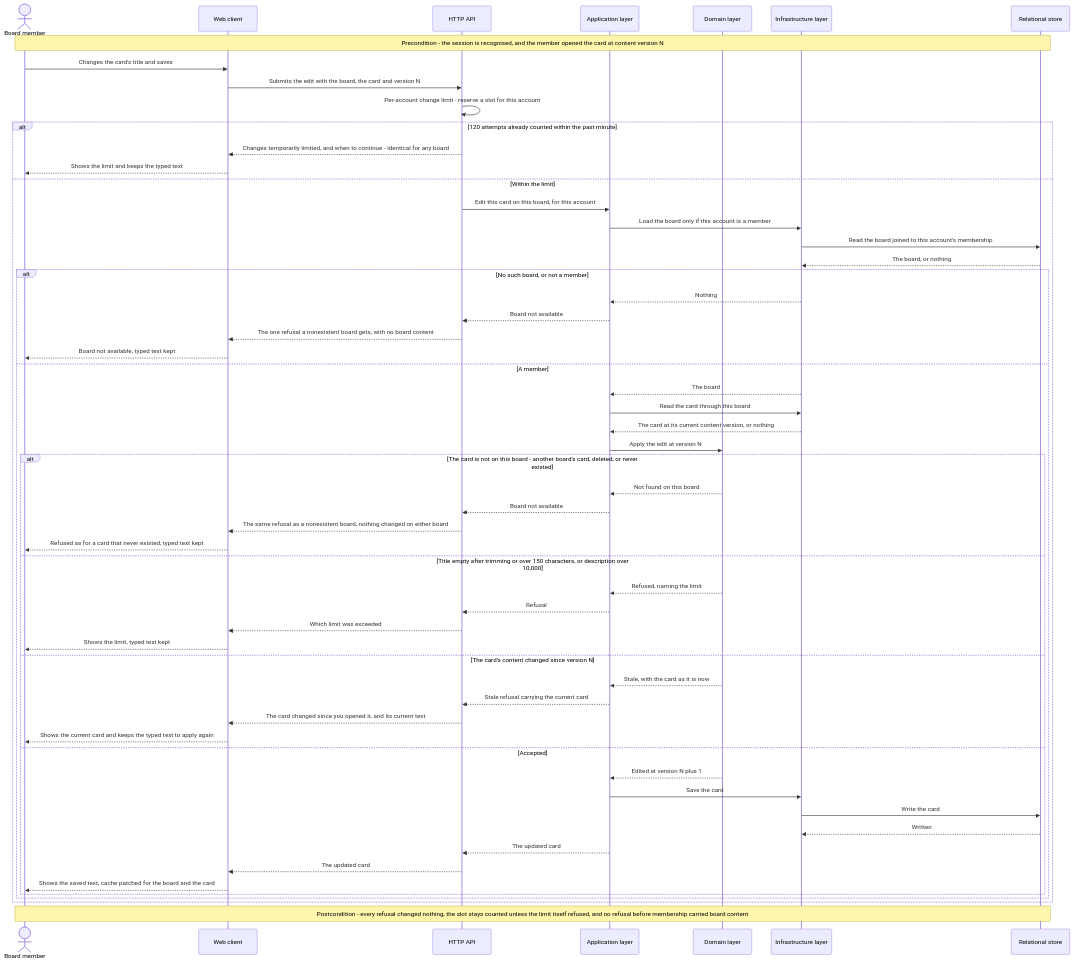
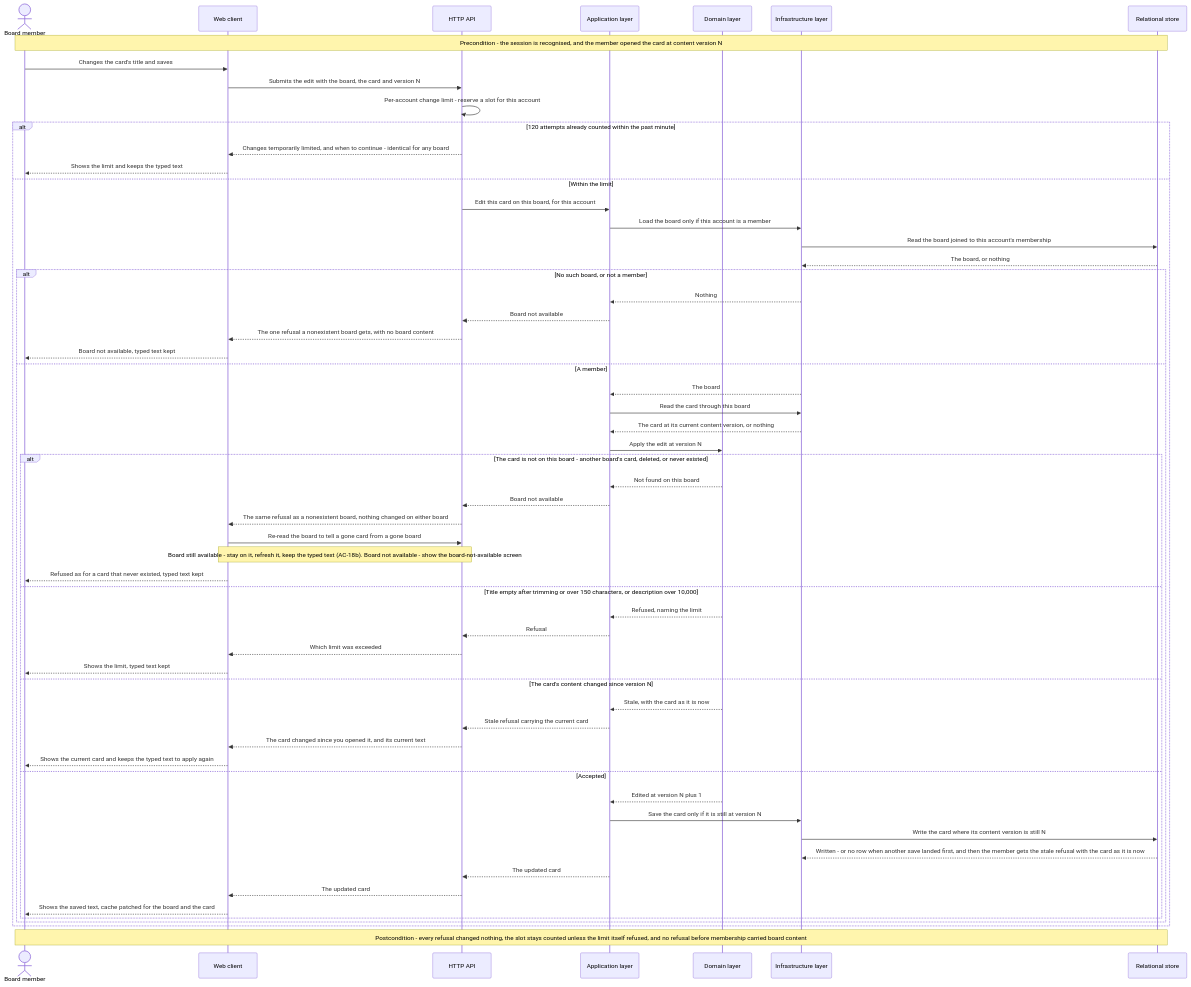
Before and after one commit to alex-korneyko/Uniqua.Projector: the fourth of 5 diagrams in docs/features/boards-columns-cards/sad.md, drawn with Mermaid. The commit also changed other lines of this file and 5 other files, not shown here.

````diff
--- a/docs/features/boards-columns-cards/sad.md
+++ b/docs/features/boards-columns-cards/sad.md
@@ -262,60 +264,62 @@
 ```mermaid
 sequenceDiagram
     actor Member as Board member
     participant Spa as Web client
     participant Api as HTTP API
     participant App as Application layer
     participant Domain as Domain layer
     participant Infra as Infrastructure layer
     participant Db as Relational store
 
     Note over Member,Db: Precondition - the session is recognised, and the member opened the card at content version N
     Member->>Spa: Changes the card's title and saves
     Spa->>Api: Submits the edit with the board, the card and version N
     Api->>Api: Per-account change limit - reserve a slot for this account
     alt 120 attempts already counted within the past minute
         Api-->>Spa: Changes temporarily limited, and when to continue - identical for any board
         Spa-->>Member: Shows the limit and keeps the typed text
     else Within the limit
         Api->>App: Edit this card on this board, for this account
         App->>Infra: Load the board only if this account is a member
         Infra->>Db: Read the board joined to this account's membership
         Db-->>Infra: The board, or nothing
         alt No such board, or not a member
             Infra-->>App: Nothing
             App-->>Api: Board not available
             Api-->>Spa: The one refusal a nonexistent board gets, with no board content
             Spa-->>Member: Board not available, typed text kept
         else A member
             Infra-->>App: The board
             App->>Infra: Read the card through this board
             Infra-->>App: The card at its current content version, or nothing
             App->>Domain: Apply the edit at version N
             alt The card is not on this board - another board's card, deleted, or never existed
                 Domain-->>App: Not found on this board
                 App-->>Api: Board not available
                 Api-->>Spa: The same refusal as a nonexistent board, nothing changed on either board
+                Spa->>Api: Re-read the board to tell a gone card from a gone board
+                Note over Spa,Api: Board still available - stay on it, refresh it, keep the typed text (AC-18b). Board not available - show the board-not-available screen
                 Spa-->>Member: Refused as for a card that never existed, typed text kept
             else Title empty after trimming or over 150 characters, or description over 10,000
                 Domain-->>App: Refused, naming the limit
                 App-->>Api: Refusal
                 Api-->>Spa: Which limit was exceeded
                 Spa-->>Member: Shows the limit, typed text kept
             else The card's content changed since version N
                 Domain-->>App: Stale, with the card as it is now
                 App-->>Api: Stale refusal carrying the current card
                 Api-->>Spa: The card changed since you opened it, and its current text
                 Spa-->>Member: Shows the current card and keeps the typed text to apply again
             else Accepted
                 Domain-->>App: Edited at version N plus 1
-                App->>Infra: Save the card
-                Infra->>Db: Write the card
-                Db-->>Infra: Written
+                App->>Infra: Save the card only if it is still at version N
+                Infra->>Db: Write the card where its content version is still N
+                Db-->>Infra: Written - or no row when another save landed first, and then the member gets the stale refusal with the card as it is now
                 App-->>Api: The updated card
                 Api-->>Spa: The updated card
                 Spa-->>Member: Shows the saved text, cache patched for the board and the card
             end
         end
     end
     Note over Member,Db: Postcondition - every refusal changed nothing, the slot stays counted unless the limit itself refused, and no refusal before membership carried board content
 ```
````
